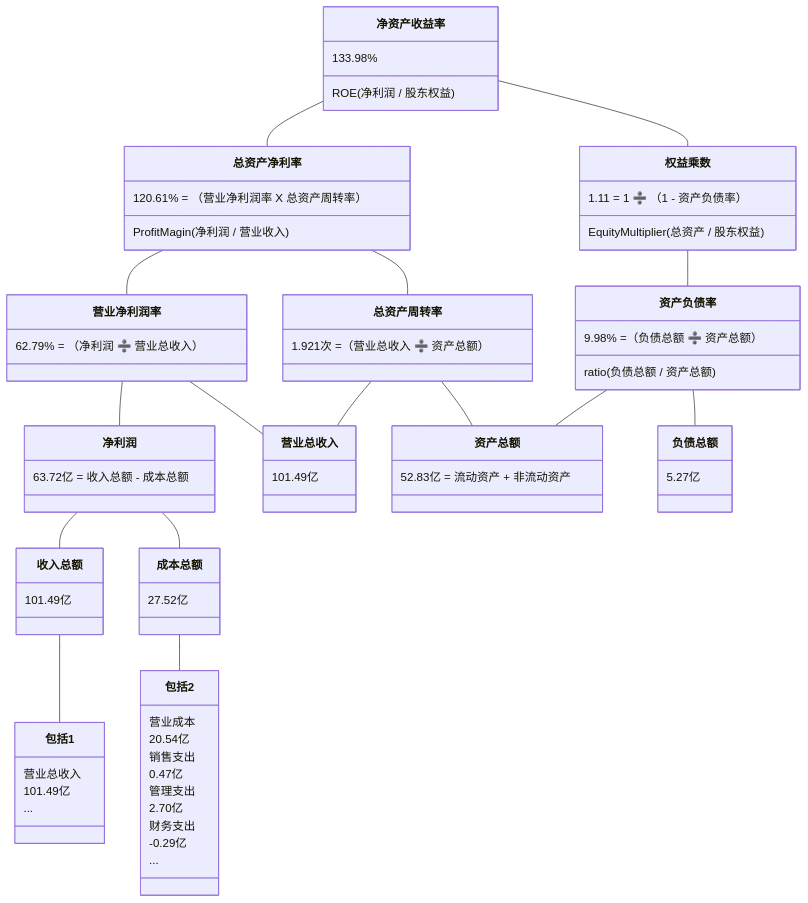
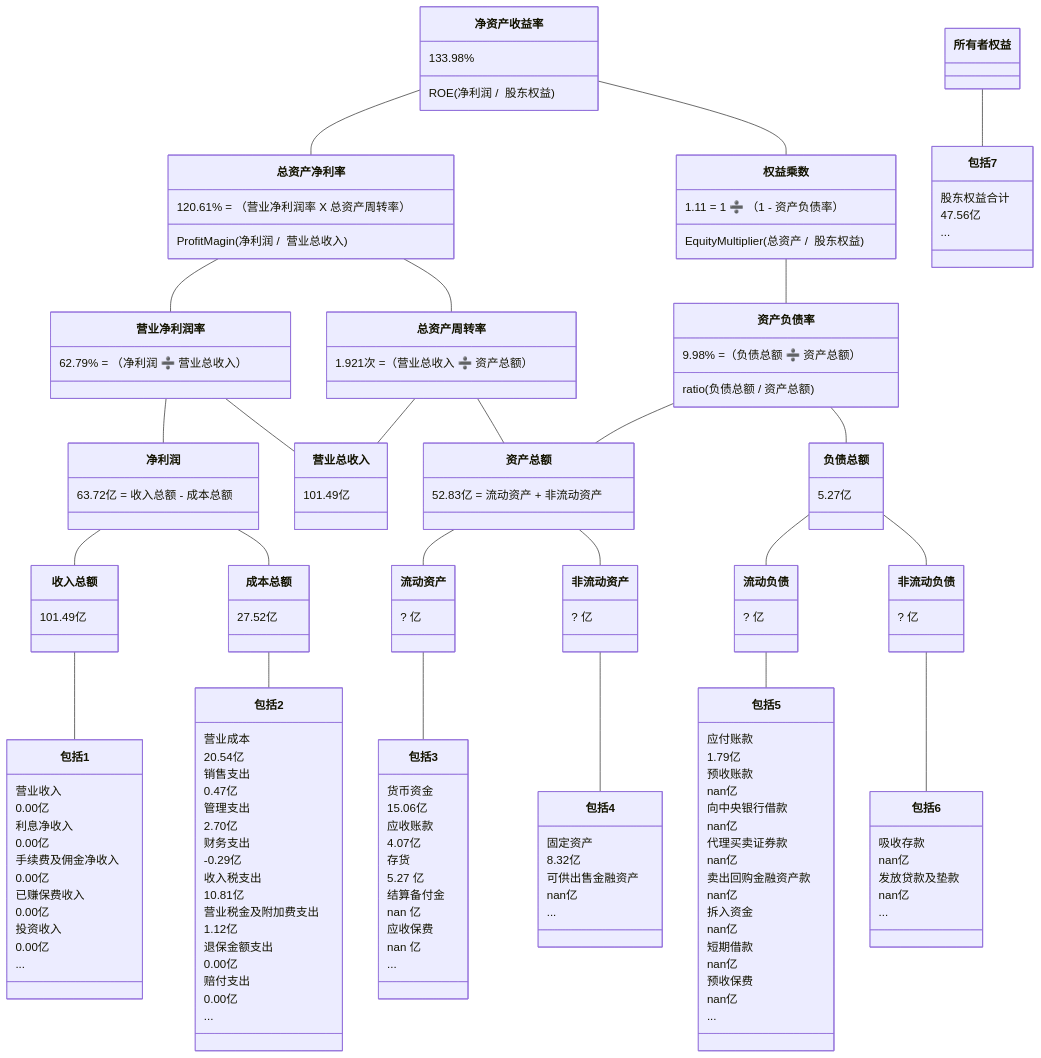
Before and after one commit to TheVeryDarkness/cs410: the seventh of 10 diagrams in 2/2.md, drawn with Mermaid. The commit also changed other lines of this file and 101 other files, not shown here.

````diff
--- a/2/2.md
+++ b/2/2.md
@@ -334,51 +748,121 @@
 ```mermaid
 classDiagram
 净资产收益率 -- 总资产净利率
-	净资产收益率 : 133.98%
-	净资产收益率 : ROE(净利润 /  股东权益)
-	总资产净利率 : 120.61% = （营业净利润率 X 总资产周转率）
-	总资产净利率 : ProfitMagin(净利润 /  营业收入)
+    净资产收益率 : 133.98%
+    净资产收益率 : ROE(净利润 /  股东权益)
+    总资产净利率 : 120.61% = （营业净利润率 X 总资产周转率）
+    总资产净利率 : ProfitMagin(净利润 /  营业总收入)
 净资产收益率 -- 权益乘数
-	权益乘数 : 1.11 = 1 ➗ （1 - 资产负债率）
-	权益乘数 : EquityMultiplier(总资产 /  股东权益)
-	
+    权益乘数 : 1.11 = 1 ➗ （1 - 资产负债率）
+    权益乘数 : EquityMultiplier(总资产 /  股东权益)
+    
 总资产净利率 -- 营业净利润率
-	营业净利润率 : 62.79% = （净利润 ➗ 营业总收入）
+    营业净利润率 : 62.79% = （净利润 ➗ 营业总收入）
 总资产净利率 -- 总资产周转率
-	总资产周转率 : 1.921次 =（营业总收入 ➗ 资产总额）
+    总资产周转率 : 1.921次 =（营业总收入 ➗ 资产总额）
 权益乘数 -- 资产负债率
-	资产负债率  : 9.98% =（负债总额 ➗ 资产总额）
-	资产负债率  : ratio(负债总额 / 资产总额)
+    资产负债率  : 9.98% =（负债总额 ➗ 资产总额）
+    资产负债率  : ratio(负债总额 / 资产总额)
 
 营业净利润率 -- 净利润
-	净利润 : 63.72亿 = 收入总额 - 成本总额
+    净利润 : 63.72亿 = 收入总额 - 成本总额
 营业净利润率 -- 营业总收入
-	营业总收入 : 101.49亿
+    营业总收入 : 101.49亿
 总资产周转率 -- 营业总收入
 总资产周转率 -- 资产总额
-	资产总额 : 52.83亿 = 流动资产 + 非流动资产
+    资产总额 : 52.83亿 = 流动资产 + 非流动资产
 资产负债率 -- 　负债总额
-	负债总额 : 5.27亿
+    负债总额 : 5.27亿
 资产负债率 -- 　资产总额
 
 
 净利润 -- 收入总额
-	收入总额 : 101.49亿
+    收入总额 : 101.49亿
 净利润 -- 成本总额
-	成本总额 : 27.52亿
+    成本总额 : 27.52亿
+资产总额 -- 流动资产
+	流动资产 : ? 亿
+资产总额 -- 非流动资产
+	非流动资产 : ? 亿
+负债总额 -- 流动负债
+	流动负债 : ? 亿
+负债总额 -- 非流动负债
+	非流动负债 : ? 亿
 
 收入总额 -- 包括1
-	包括1 : 营业总收入
-	包括1 : 101.49亿
-	包括1 : ...
+    包括1 : 营业收入
+    包括1 : 0.00亿
+    包括1 : 利息净收入
+    包括1 : 0.00亿
+    包括1 : 手续费及佣金净收入
+    包括1 : 0.00亿
+    包括1 : 已赚保费收入
+    包括1 : 0.00亿
+    包括1 : 投资收入
+    包括1 : 0.00亿
+    包括1 : ...
 成本总额 -- 包括2
-	包括2 : 营业成本
-	包括2 : 20.54亿
-	包括2 : 销售支出
-	包括2 : 0.47亿
-	包括2 : 管理支出
-	包括2 : 2.70亿
-	包括2 : 财务支出
-	包括2 : -0.29亿
-	包括2 : ...
+    包括2 : 营业成本
+    包括2 : 20.54亿
+    包括2 : 销售支出
+    包括2 : 0.47亿
+    包括2 : 管理支出
+    包括2 : 2.70亿
+    包括2 : 财务支出
+    包括2 : -0.29亿
+    包括2 : 收入税支出
+    包括2 : 10.81亿
+    包括2 : 营业税金及附加费支出
+    包括2 : 1.12亿
+    包括2 : 退保金额支出
+    包括2 : 0.00亿
+    包括2 : 赔付支出
+    包括2 : 0.00亿
+    包括2 : ...
+流动资产 -- 包括3
+    包括3 : 货币资金
+    包括3 : 15.06亿
+    包括3 : 应收账款
+    包括3 : 4.07亿
+    包括3 : 存货
+    包括3 : 5.27 亿
+    包括3 : 结算备付金
+    包括3 : nan 亿
+    包括3 : 应收保费
+    包括3 : nan 亿
+    包括3 : ...
+非流动资产 -- 包括4
+    包括4 : 固定资产
+    包括4 : 8.32亿
+    包括4 : 可供出售金融资产
+    包括4 : nan亿
+    包括4 : ...
+流动负债 -- 包括5
+    包括5 : 应付账款
+    包括5 : 1.79亿
+    包括5 : 预收账款
+    包括5 : nan亿
+    包括5 : 向中央银行借款
+    包括5 : nan亿
+    包括5 : 代理买卖证券款
+    包括5 : nan亿
+    包括5 : 卖出回购金融资产款
+    包括5 : nan亿
+    包括5 : 拆入资金
+    包括5 : nan亿
+    包括5 : 短期借款
+    包括5 : nan亿
+    包括5 : 预收保费
+    包括5 : nan亿
+    包括5 : ...
+非流动负债 -- 包括6
+    包括6 : 吸收存款
+    包括6 : nan亿
+    包括6 : 发放贷款及垫款
+    包括6 : nan亿
+    包括6 : ...
+所有者权益 -- 包括7
+    包括7 : 股东权益合计
+    包括7 : 47.56亿
+    包括7 : ...
 ```
````
